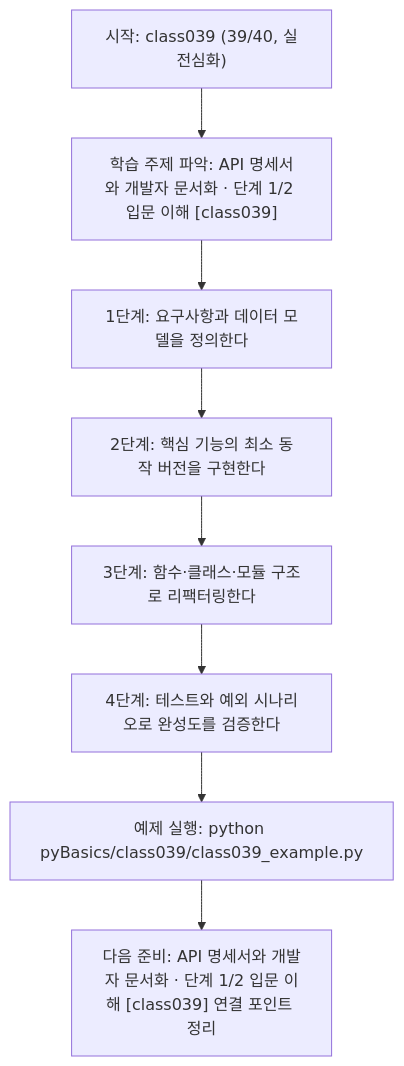
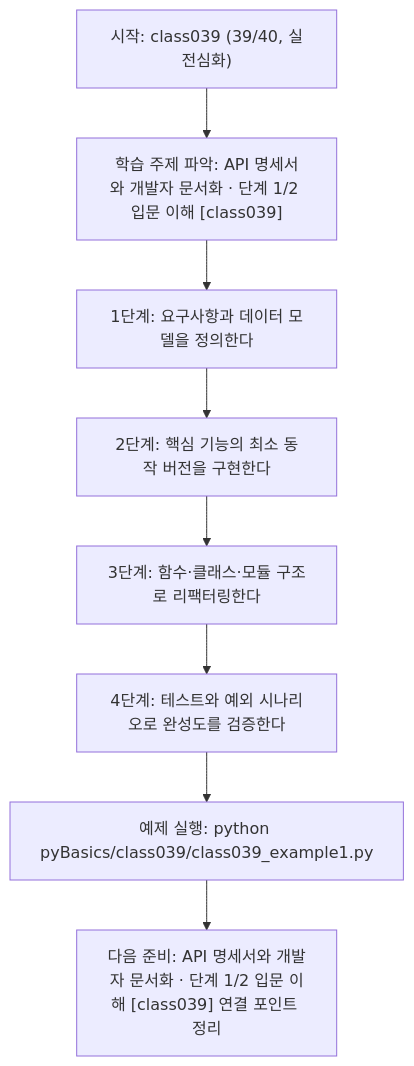
Before and after one commit to edumgt/Python-AI_Agent-Class: the diagram in pyBasics/class039/class039.md, drawn with Mermaid. The commit also changed other lines of this file and 2959 other files, not shown here.

````diff
--- a/pyBasics/class039/class039.md
+++ b/pyBasics/class039/class039.md
@@ -108,18 +108,18 @@
 ```mermaid
 flowchart TD
 N1["시작: class039 (39/40, 실전심화)"]
 N2["학습 주제 파악: API 명세서와 개발자 문서화 · 단계 1/2 입문 이해 [class039]"]
 N3["1단계: 요구사항과 데이터 모델을 정의한다"]
 N4["2단계: 핵심 기능의 최소 동작 버전을 구현한다"]
 N5["3단계: 함수·클래스·모듈 구조로 리팩터링한다"]
 N6["4단계: 테스트와 예외 시나리오로 완성도를 검증한다"]
-N7["예제 실행: python pyBasics/class039/class039_example.py"]
+N7["예제 실행: python pyBasics/class039/class039_example1.py"]
 N8["다음 준비: API 명세서와 개발자 문서화 · 단계 1/2 입문 이해 [class039] 연결 포인트 정리"]
 N1 --> N2
 N2 --> N3
 N3 --> N4
 N4 --> N5
 N5 --> N6
 N6 --> N7
 N7 --> N8
 ```
````
